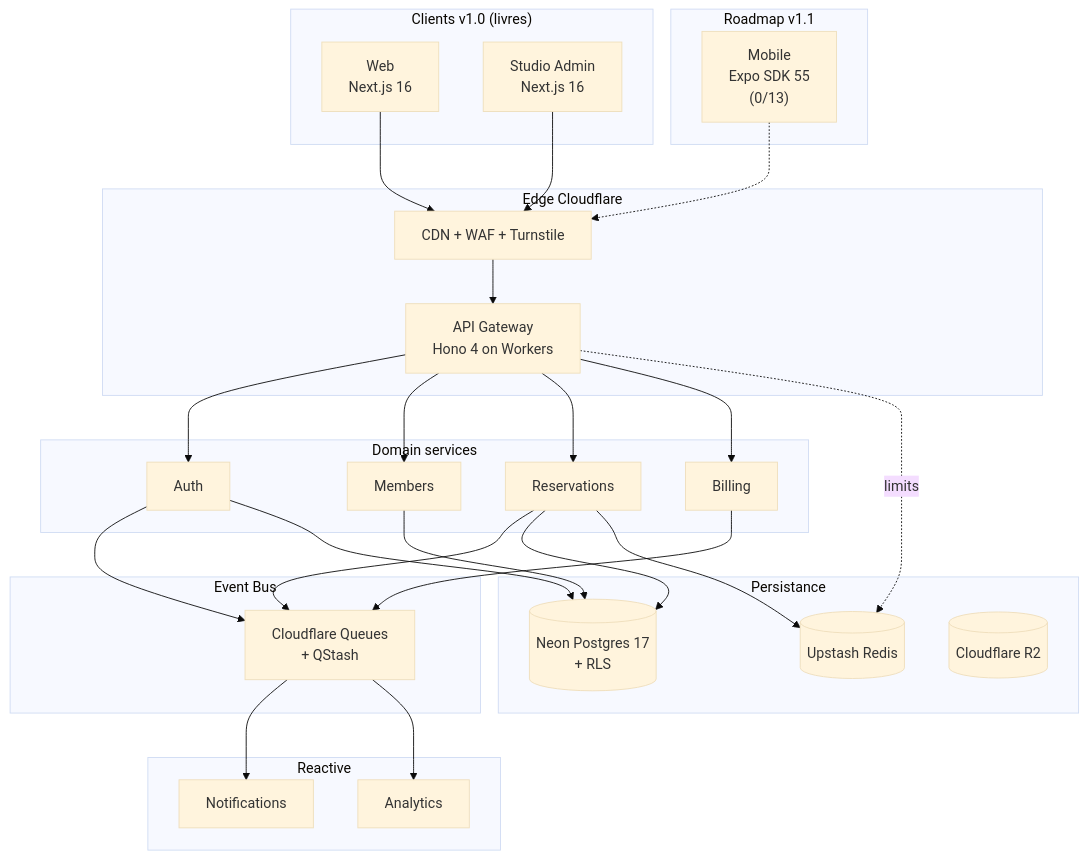
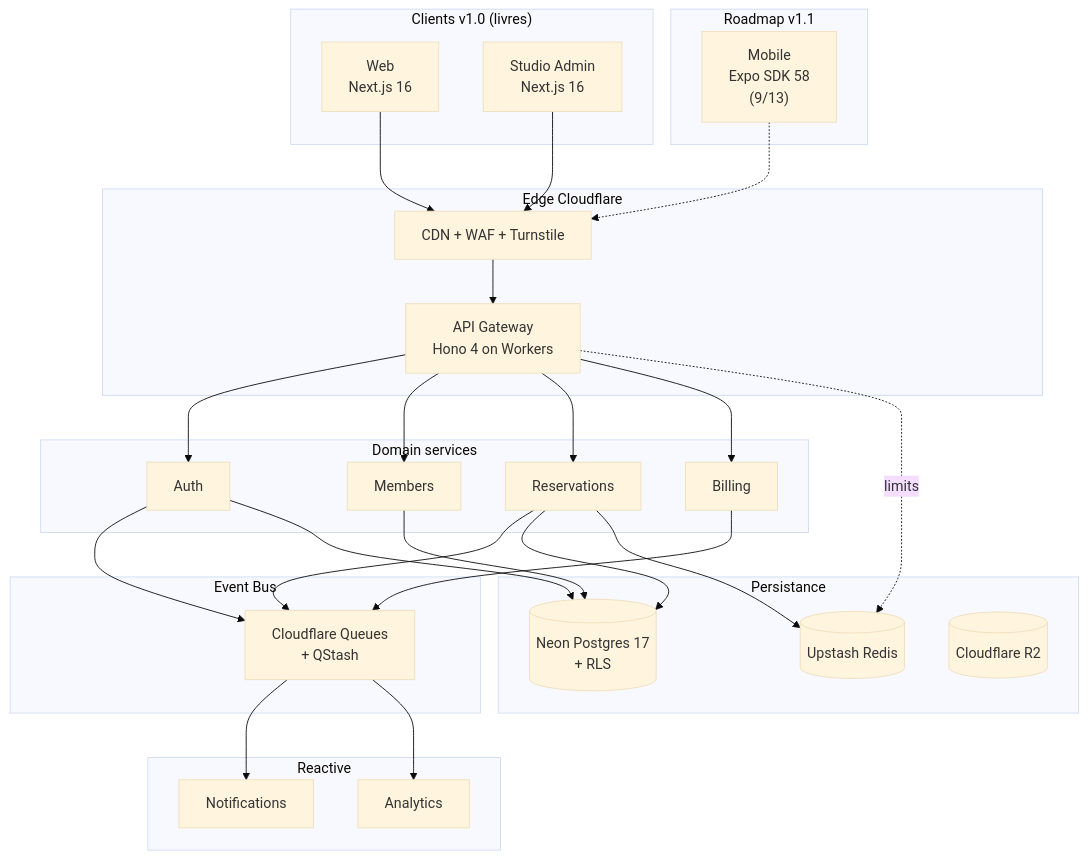
Before and after one commit to GlamgarOnDiscord/athlya: the diagram in README.md, drawn with Mermaid (base theme). The commit also changed other lines of this file and 63 other files, not shown here.

First line of the commit message:
feat(mobile): Expo app foundation — secure tokens, API client, offline MutationQueue (11.1–11.7, 11.12, 11.13, BR.4) (#642)

````diff
--- a/README.md
+++ b/README.md
@@ -65,56 +65,56 @@
 ```mermaid
 graph TD
     subgraph Clients_v1["Clients v1.0 (livres)"]
         Web["Web<br/>Next.js 16"]
         Admin["Studio Admin<br/>Next.js 16"]
     end
 
     subgraph Clients_v11["Roadmap v1.1"]
-        Mobile["Mobile<br/>Expo SDK 55<br/>(0/13)"]
+        Mobile["Mobile<br/>Expo SDK 58<br/>(9/13)"]
     end
 
     subgraph Edge["Edge Cloudflare"]
         CDN["CDN + WAF + Turnstile"]
         GW["API Gateway<br/>Hono 4 on Workers"]
     end
 
     subgraph Services["Domain services"]
         Auth["Auth"]
         Members["Members"]
         Reservations["Reservations"]
         Billing["Billing"]
     end
 
     subgraph Bus["Event Bus"]
         Q["Cloudflare Queues<br/>+ QStash"]
     end
 
     subgraph Reactive["Reactive"]
         N["Notifications"]
         A["Analytics"]
     end
 
     subgraph Persist["Persistance"]
         PG[("Neon Postgres 17<br/>+ RLS")]
         R[("Upstash Redis")]
         R2[("Cloudflare R2")]
     end
 
     Web --> CDN --> GW
     Admin --> CDN
     Mobile -.-> CDN
     GW --> Auth
     GW --> Members
     GW --> Reservations
     GW --> Billing
     Auth --> Q
     Reservations --> Q
     Billing --> Q
     Q --> N
     Q --> A
     Auth --> PG
     Reservations --> PG
     Reservations --> R
     Members --> PG
     GW -.limits.-> R
 ```
````
